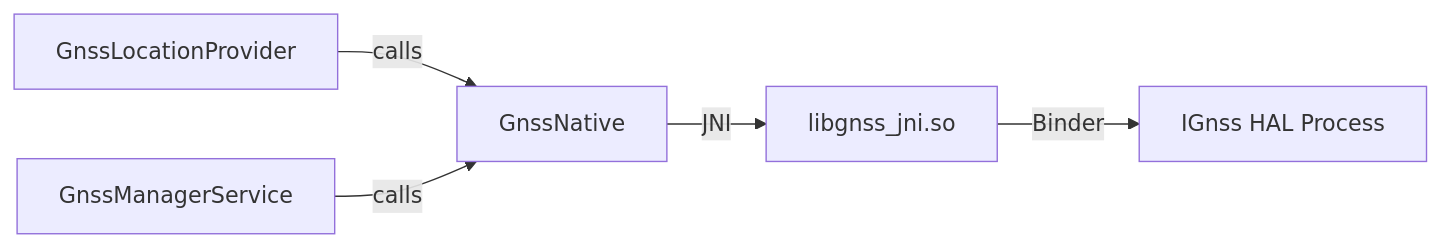
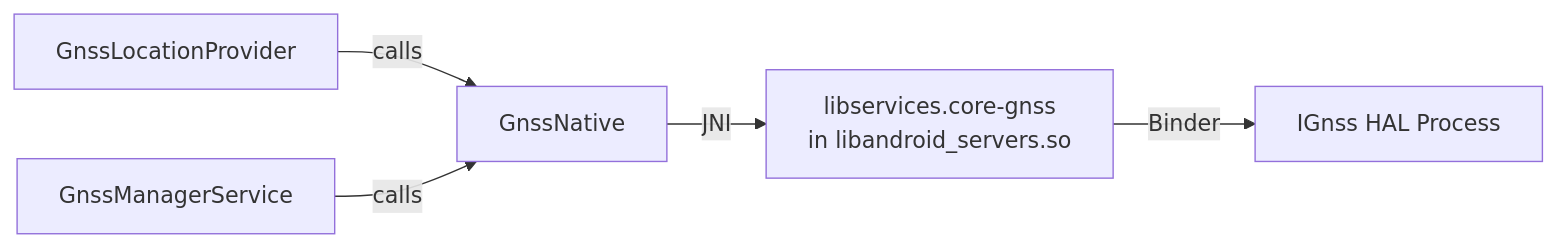
One commit to aospbooks/aosp-internal-book changed the ninth of 25 diagrams in 33-location.md. Above: the diagram before and after it, drawn with Mermaid. The commit also changed other lines of this file and 218 other files, not shown here.

````diff
--- a/33-location.md
+++ b/33-location.md
@@ -1013,7 +1023,7 @@
 ```mermaid
 graph LR
     GnssLocationProvider -->|calls| GnssNative
     GnssManagerService -->|calls| GnssNative
-    GnssNative -->|JNI| libgnss_jni.so
-    libgnss_jni.so -->|Binder| IGnss_HAL[IGnss HAL Process]
+    GnssNative -->|JNI| GnssJni["libservices.core-gnss<br>in libandroid_servers.so"]
+    GnssJni -->|Binder| IGnss_HAL[IGnss HAL Process]
 ```
````
